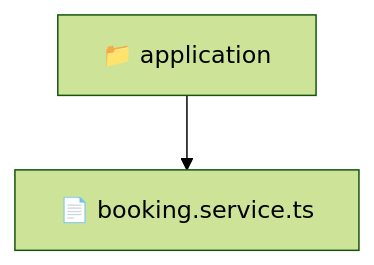
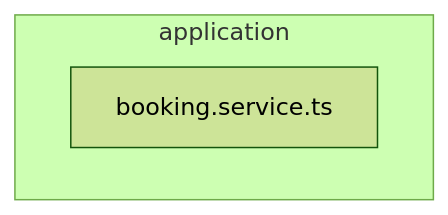
The diagram in backend/src/modules/booking/application/README.md (beginwebdev2002/fullstack-mavluda), drawn with Mermaid (forest theme) before and after one commit. The commit also changed other lines of this file and 163 other files, not shown here.

````diff
--- a/backend/src/modules/booking/application/README.md
+++ b/backend/src/modules/booking/application/README.md
@@ -9,5 +15,6 @@
 ```mermaid
 graph TD
-  Root["📁 application"]
-  Root --> booking_service_ts["📄 booking.service.ts"]
+  subgraph application
+    booking_service_ts["booking.service.ts"]
+  end
 ```
````
